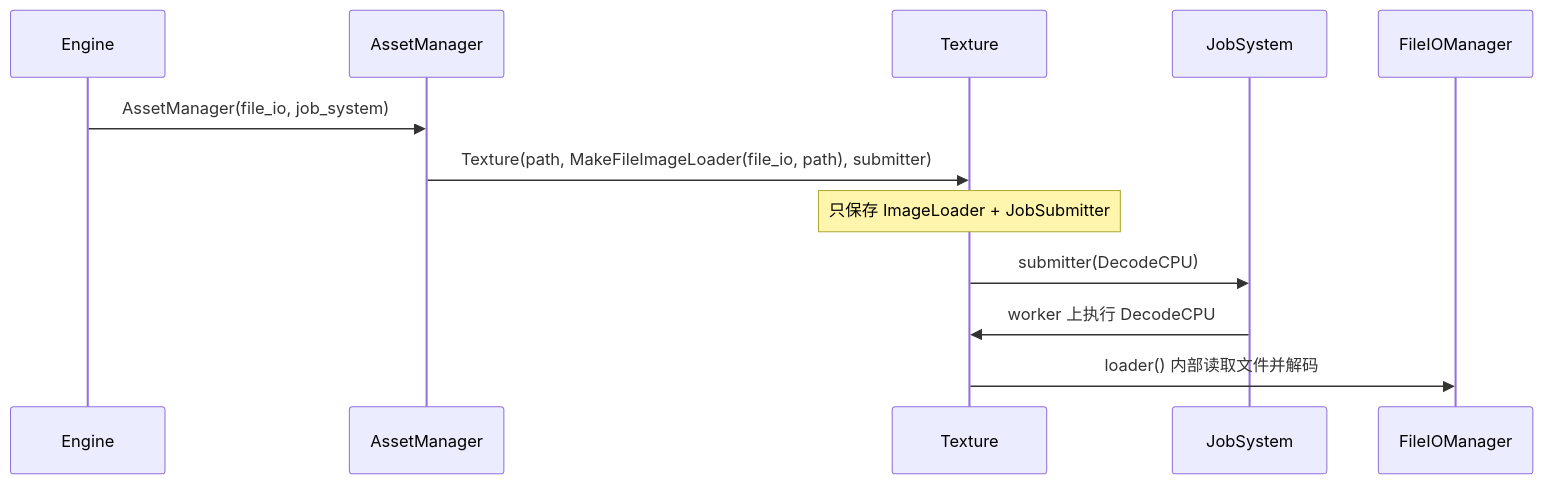
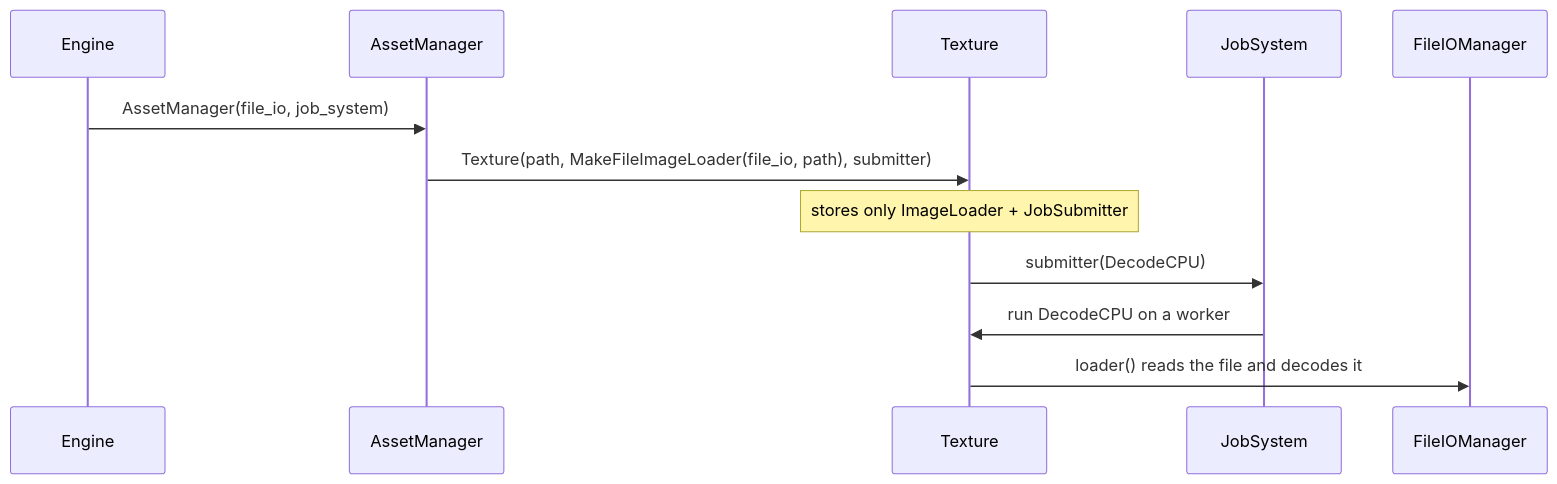
The second of 4 diagrams in docs/architecture/dependency_injection.md (L-Sun/HitagiEngine), drawn with Mermaid before and after one commit. The commit also changed other lines of this file and 7 other files, not shown here.

````diff
--- a/docs/architecture/dependency_injection.md
+++ b/docs/architecture/dependency_injection.md
@@ -120,15 +114,15 @@
 ```mermaid
 sequenceDiagram
   participant Eng as Engine
   participant AM as AssetManager
   participant Tex as Texture
   participant JS as JobSystem
   participant FIO as FileIOManager
 
   Eng->>AM: AssetManager(file_io, job_system)
   AM->>Tex: Texture(path, MakeFileImageLoader(file_io, path), submitter)
-  Note over Tex: 只保存 ImageLoader + JobSubmitter
+  Note over Tex: stores only ImageLoader + JobSubmitter
   Tex->>JS: submitter(DecodeCPU)
-  JS->>Tex: worker 上执行 DecodeCPU
-  Tex->>FIO: loader() 内部读取文件并解码
+  JS->>Tex: run DecodeCPU on a worker
+  Tex->>FIO: loader() reads the file and decodes it
 ```
````
